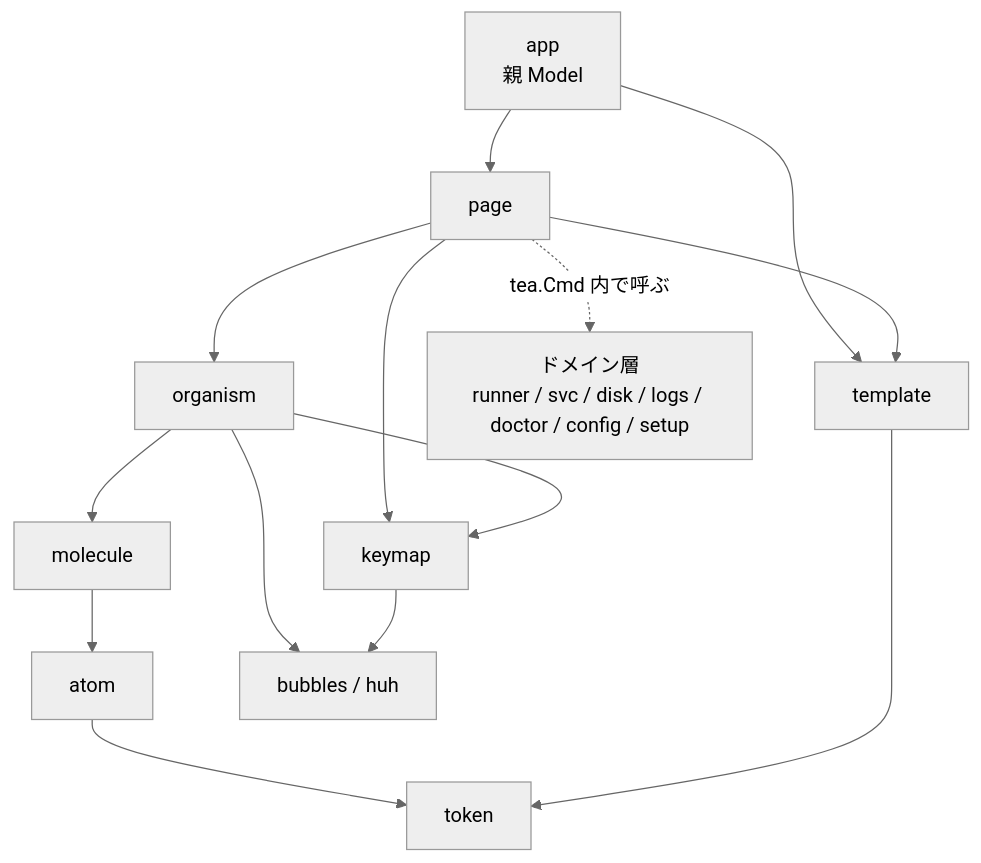
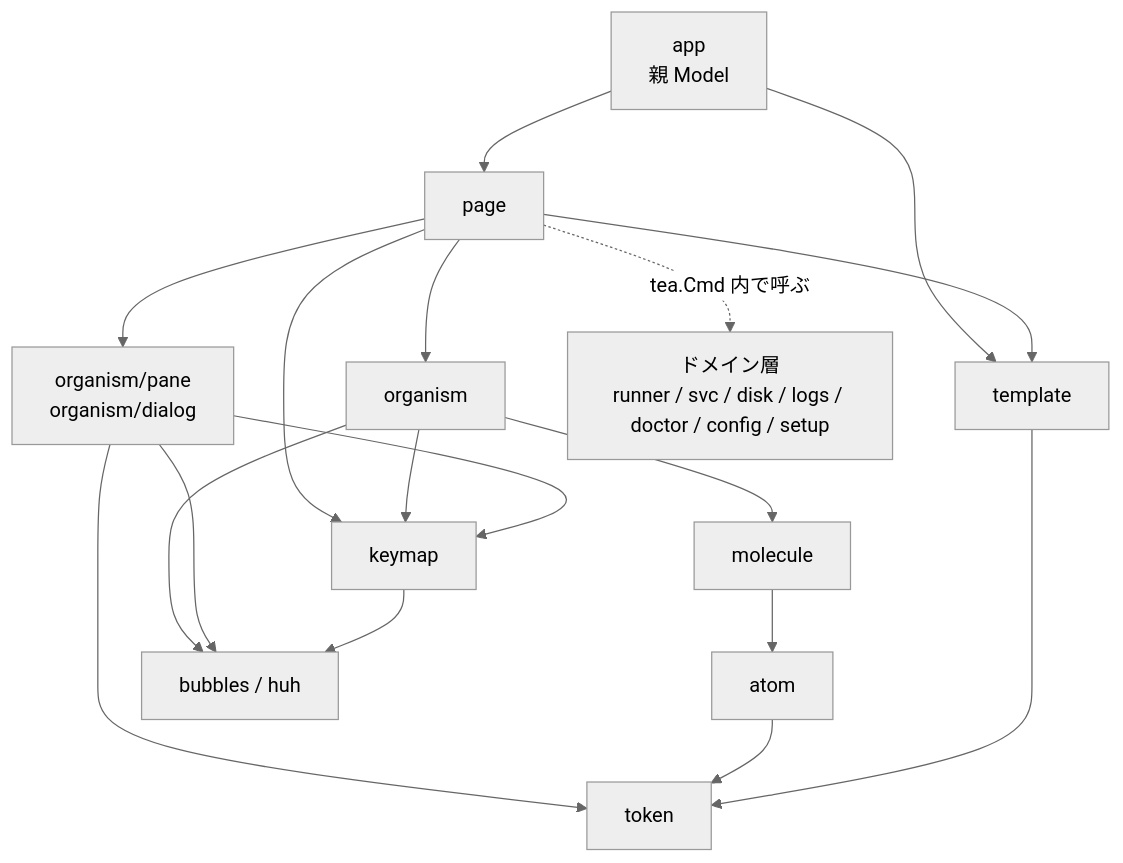
The second of 2 diagrams in docs/ui/atomic-design.md (ousiassllc/gsr-helper), drawn with Mermaid (neutral theme) before and after one commit. The commit also changed other lines of this file and 55 other files, not shown here.

````diff
--- a/docs/ui/atomic-design.md
+++ b/docs/ui/atomic-design.md
@@ -72,28 +77,33 @@
 ```mermaid
 graph TD
     App[app<br/>親 Model]
     Page[page]
     Tmpl[template]
     Org[organism]
+    OrgP[organism/pane<br/>organism/dialog]
     Mol[molecule]
     Atom[atom]
     Tok[token]
     Key[keymap]
 
     Domain[ドメイン層<br/>runner / svc / disk / logs / doctor / config / setup]
     Bub[bubbles / huh]
 
     App --> Page
     App --> Tmpl
     Page --> Tmpl
     Page --> Org
+    Page --> OrgP
     Page --> Key
     Page -.->|tea.Cmd 内で呼ぶ| Domain
     Org --> Mol
     Org --> Bub
     Org --> Key
+    OrgP --> Bub
+    OrgP --> Key
+    OrgP --> Tok
     Mol --> Atom
     Atom --> Tok
     Tmpl --> Tok
     Key --> Bub
 ```
````
